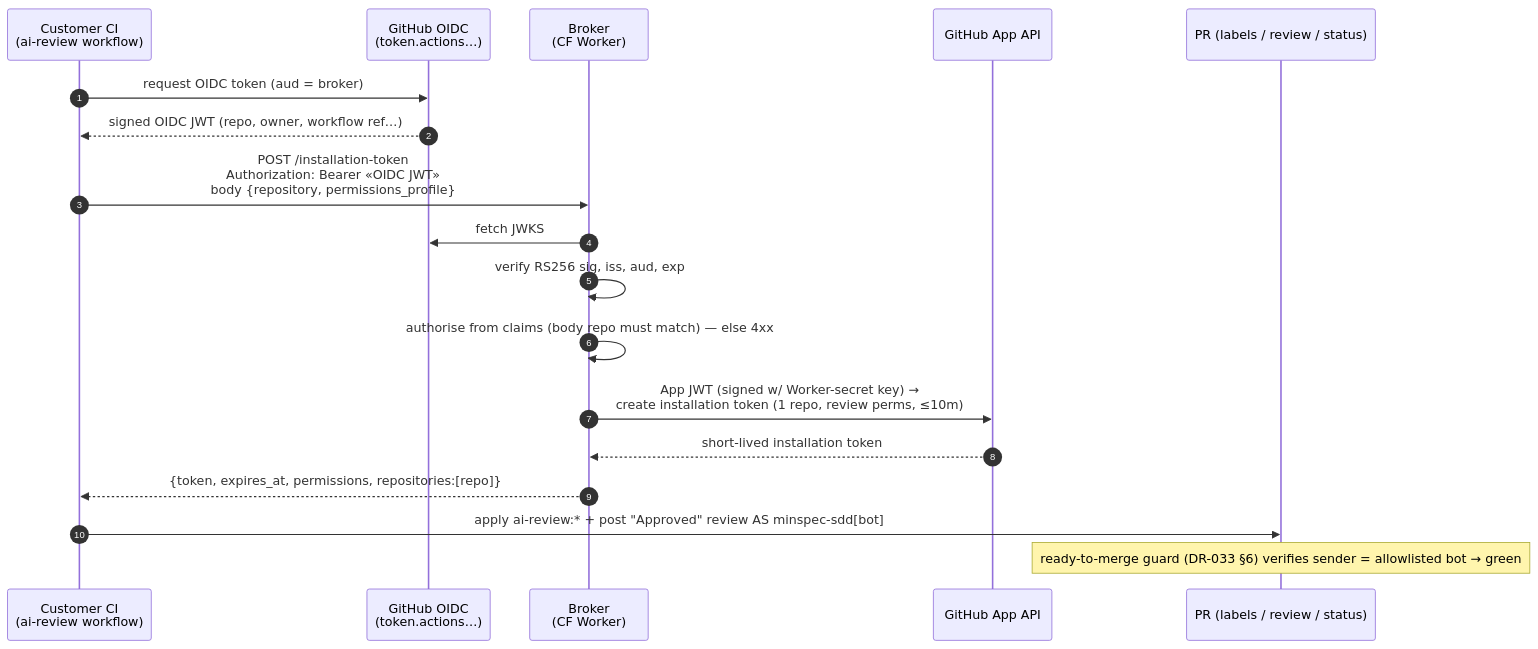
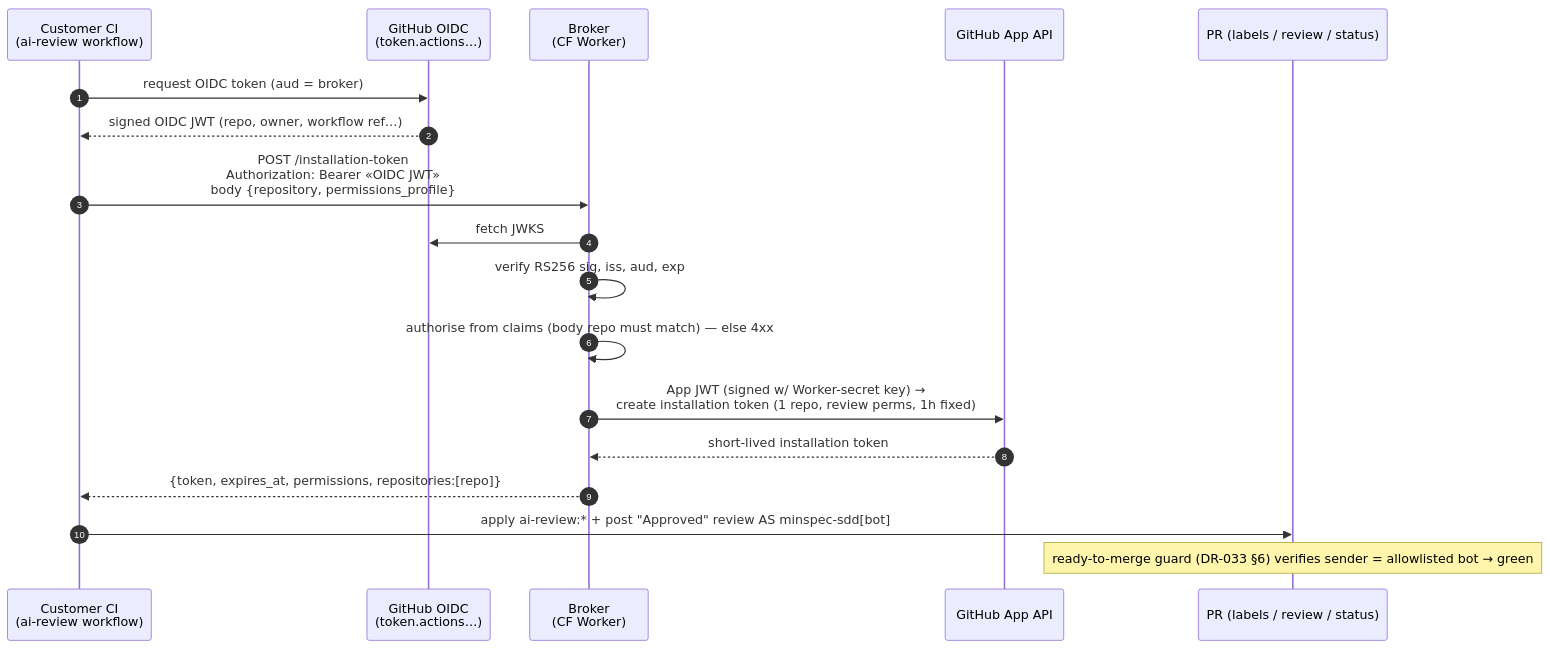
Before and after one commit to AIClarityAU/minspec: the diagram in specs/minspec/SPEC-034-oidc-review-broker/design.md, drawn with Mermaid. The commit also changed other lines of this file and 10 other files, not shown here.

````diff
--- a/specs/minspec/SPEC-034-oidc-review-broker/design.md
+++ b/specs/minspec/SPEC-034-oidc-review-broker/design.md
@@ -83,21 +83,21 @@
 ```mermaid
 sequenceDiagram
     autonumber
     participant CI as Customer CI<br/>(ai-review workflow)
     participant GH as GitHub OIDC<br/>(token.actions…)
     participant BR as Broker<br/>(CF Worker)
     participant API as GitHub App API
     participant PR as PR (labels / review / status)
 
     CI->>GH: request OIDC token (aud = broker)
     GH-->>CI: signed OIDC JWT (repo, owner, workflow ref…)
     CI->>BR: POST /installation-token<br/>Authorization: Bearer «OIDC JWT»<br/>body {repository, permissions_profile}
     BR->>GH: fetch JWKS
     BR->>BR: verify RS256 sig, iss, aud, exp
     BR->>BR: authorise from claims (body repo must match) — else 4xx
-    BR->>API: App JWT (signed w/ Worker-secret key) →<br/>create installation token (1 repo, review perms, ≤10m)
+    BR->>API: App JWT (signed w/ Worker-secret key) →<br/>create installation token (1 repo, review perms, 1h fixed)
     API-->>BR: short-lived installation token
     BR-->>CI: {token, expires_at, permissions, repositories:[repo]}
     CI->>PR: apply ai-review:* + post "Approved" review AS minspec-sdd[bot]
     Note over PR: ready-to-merge guard (DR-033 §6) verifies sender = allowlisted bot → green
 ```
````
